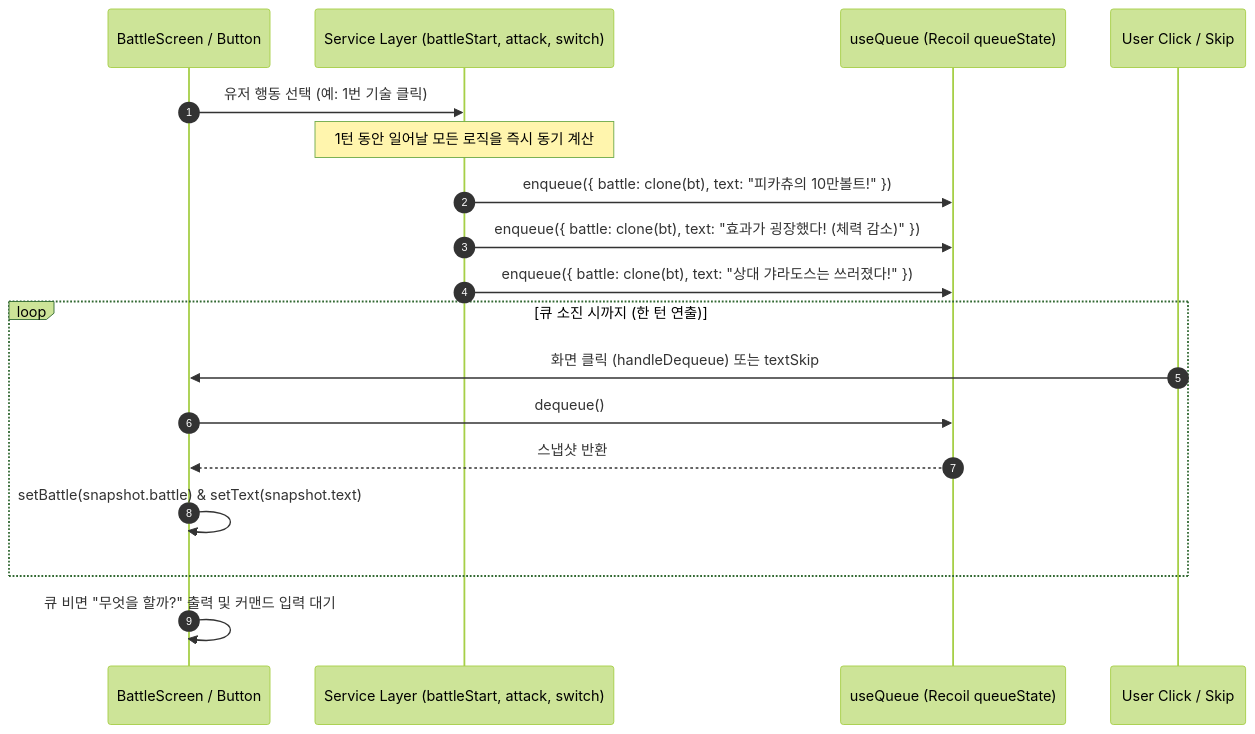
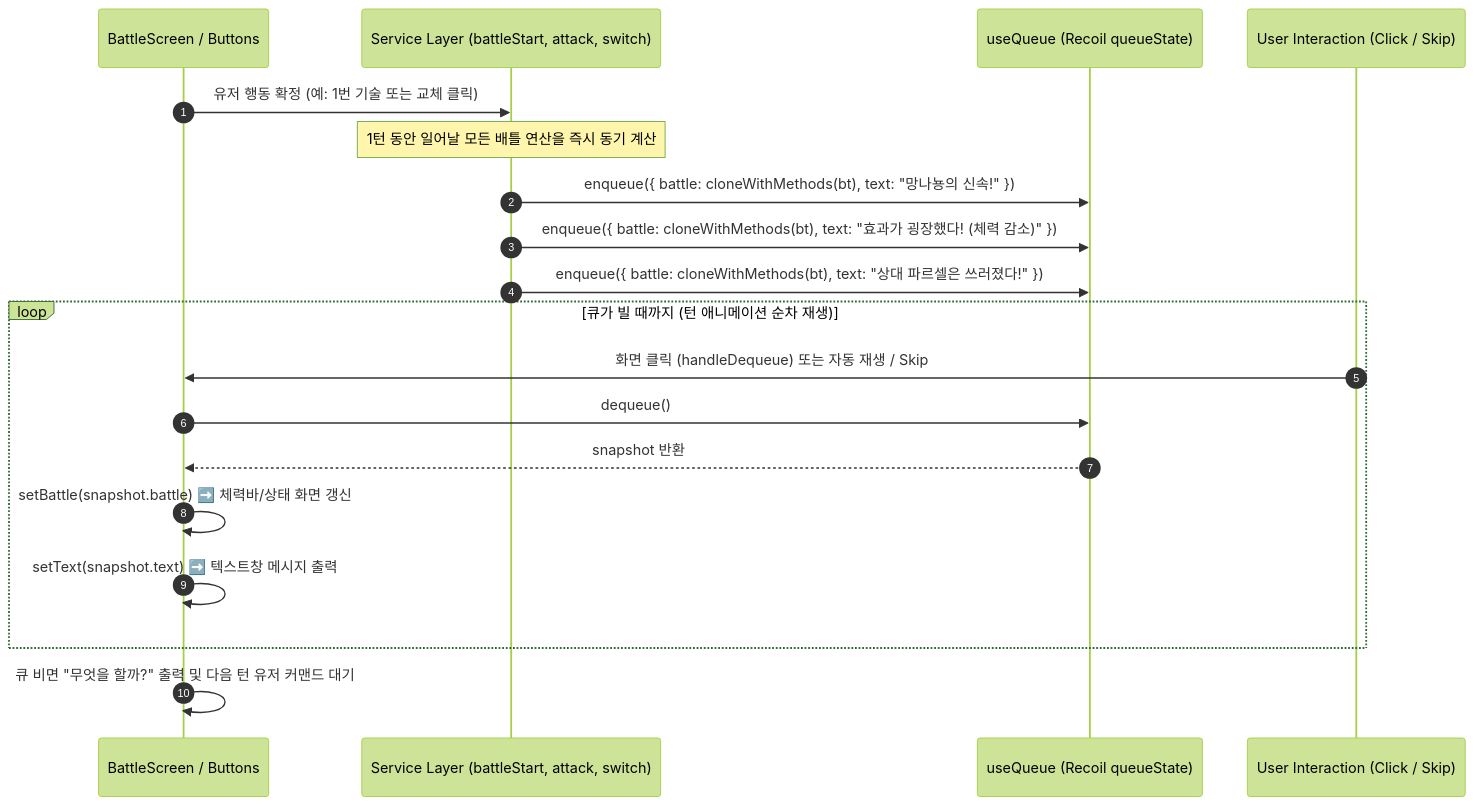
Before and after one commit to gillyongs/pokemon: the first of 2 diagrams in ARCHITECTURE.md, drawn with Mermaid (forest theme). The commit also changed other lines of this file and 1 other file, not shown here.

````diff
--- a/ARCHITECTURE.md
+++ b/ARCHITECTURE.md
@@ -63,22 +73,23 @@
 ```mermaid
 sequenceDiagram
     autonumber
-    participant UI as BattleScreen / Button
+    participant UI as BattleScreen / Buttons
     participant Svc as Service Layer (battleStart, attack, switch)
     participant Q as useQueue (Recoil queueState)
-    participant User as User Click / Skip
+    participant User as User Interaction (Click / Skip)
 
-    UI->>Svc: 유저 행동 선택 (예: 1번 기술 클릭)
-    Note over Svc: 1턴 동안 일어날 모든 로직을 즉시 동기 계산
-    Svc->>Q: enqueue({ battle: clone(bt), text: "피카츄의 10만볼트!" })
-    Svc->>Q: enqueue({ battle: clone(bt), text: "효과가 굉장했다! (체력 감소)" })
-    Svc->>Q: enqueue({ battle: clone(bt), text: "상대 갸라도스는 쓰러졌다!" })
+    UI->>Svc: 유저 행동 확정 (예: 1번 기술 또는 교체 클릭)
+    Note over Svc: 1턴 동안 일어날 모든 배틀 연산을 즉시 동기 계산
+    Svc->>Q: enqueue({ battle: cloneWithMethods(bt), text: "망나뇽의 신속!" })
+    Svc->>Q: enqueue({ battle: cloneWithMethods(bt), text: "효과가 굉장했다! (체력 감소)" })
+    Svc->>Q: enqueue({ battle: cloneWithMethods(bt), text: "상대 파르셀은 쓰러졌다!" })
 
-    loop 큐 소진 시까지 (한 턴 연출)
-        User->>UI: 화면 클릭 (handleDequeue) 또는 textSkip
+    loop 큐가 빌 때까지 (턴 애니메이션 순차 재생)
+        User->>UI: 화면 클릭 (handleDequeue) 또는 자동 재생 / Skip
         UI->>Q: dequeue()
-        Q-->>UI: 스냅샷 반환
-        UI->>UI: setBattle(snapshot.battle) & setText(snapshot.text)
+        Q-->>UI: snapshot 반환
+        UI->>UI: setBattle(snapshot.battle) ➡️ 체력바/상태 화면 갱신
+        UI->>UI: setText(snapshot.text) ➡️ 텍스트창 메시지 출력
     end
-    UI->>UI: 큐 비면 "무엇을 할까?" 출력 및 커맨드 입력 대기
+    UI->>UI: 큐 비면 "무엇을 할까?" 출력 및 다음 턴 유저 커맨드 대기
 ```
````
